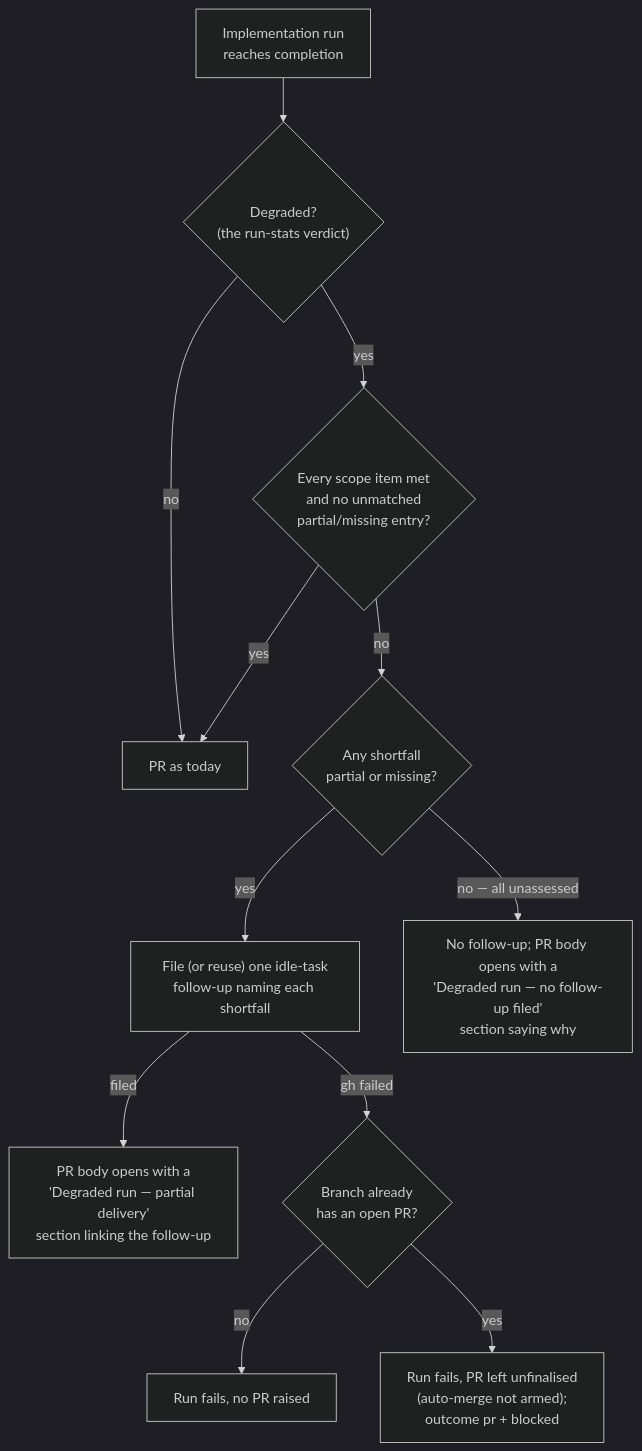
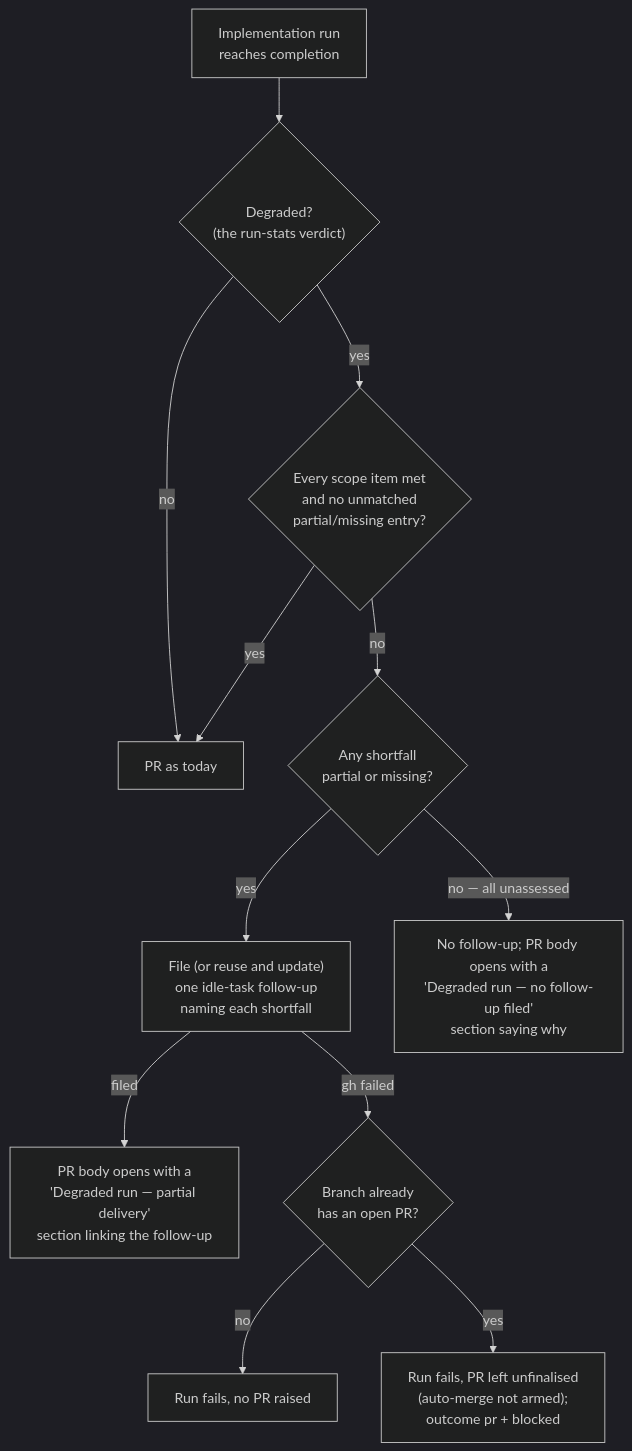
One commit to stSoftwareAU/VibeCoder changed diagram 17 of 21 in docs/workflows/issue-processing.md. Above: the diagram before and after it, drawn with Mermaid (dark theme). The commit also changed other lines of this file and 3 other files, not shown here.

````diff
--- a/docs/workflows/issue-processing.md
+++ b/docs/workflows/issue-processing.md
@@ -1447,14 +1447,14 @@
 ```mermaid
 flowchart TD
     R["Implementation run<br/>reaches completion"] --> D{"Degraded?<br/>(the run-stats verdict)"}
     D -- no --> P["PR as today"]
     D -- yes --> S{"Every scope item met<br/>and no unmatched<br/>partial/missing entry?"}
     S -- yes --> P
     S -- no --> G{"Any shortfall<br/>partial or missing?"}
-    G -- yes --> F["File (or reuse) one idle-task<br/>follow-up naming each shortfall"]
+    G -- yes --> F["File (or reuse and update)<br/>one idle-task follow-up<br/>naming each shortfall"]
     F -- filed --> B["PR body opens with a<br/>'Degraded run — partial delivery'<br/>section linking the follow-up"]
     F -- "gh failed" --> Q{"Branch already<br/>has an open PR?"}
     Q -- no --> X["Run fails, no PR raised"]
     Q -- yes --> Y["Run fails, PR left unfinalised<br/>(auto-merge not armed);<br/>outcome pr + blocked"]
     G -- "no — all unassessed" --> N["No follow-up; PR body opens with a<br/>'Degraded run — no follow-up filed'<br/>section saying why"]
 ```
````
